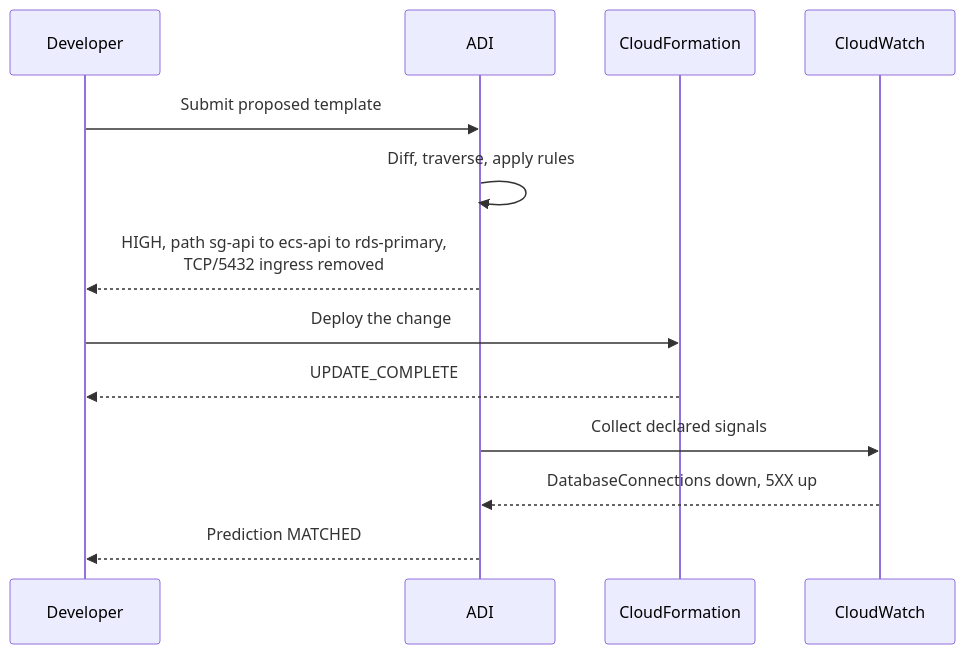
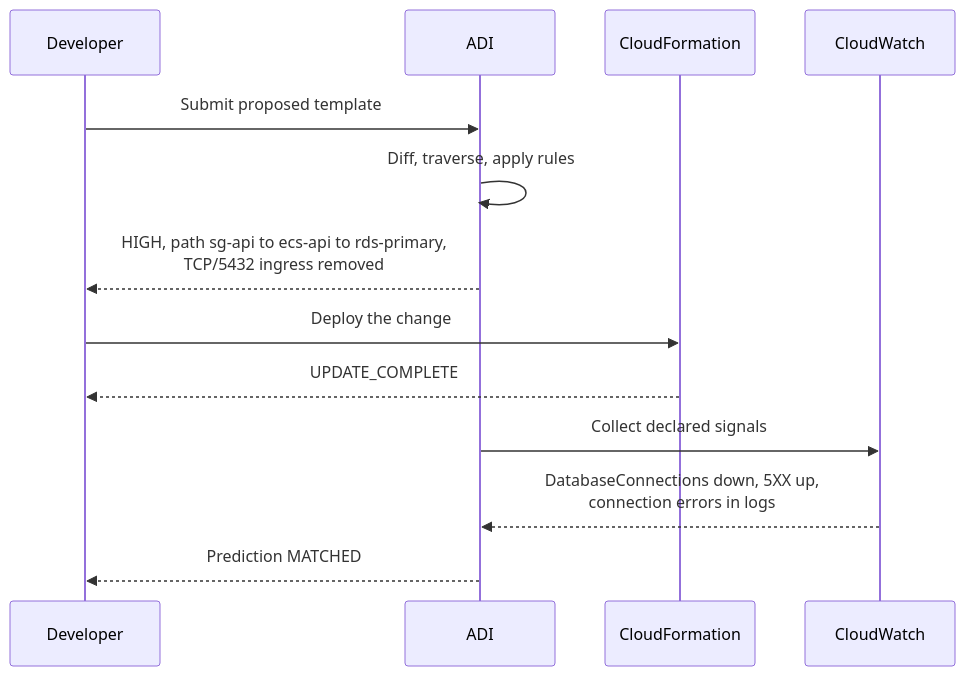
The fourth of 4 diagrams in README.md (gowtham472/adi), drawn with Mermaid before and after one commit. The commit also changed other lines of this file and 2 other files, not shown here.

````diff
--- a/README.md
+++ b/README.md
@@ -174,16 +181,16 @@
 ```mermaid
 sequenceDiagram
     participant D as Developer
     participant A as ADI
     participant CF as CloudFormation
     participant CW as CloudWatch
 
     D->>A: Submit proposed template
     A->>A: Diff, traverse, apply rules
     A-->>D: HIGH, path sg-api to ecs-api to rds-primary,<br/>TCP/5432 ingress removed
     D->>CF: Deploy the change
     CF-->>D: UPDATE_COMPLETE
     A->>CW: Collect declared signals
-    CW-->>A: DatabaseConnections down, 5XX up
+    CW-->>A: DatabaseConnections down, 5XX up,<br/>connection errors in logs
     A-->>D: Prediction MATCHED
 ```
````
